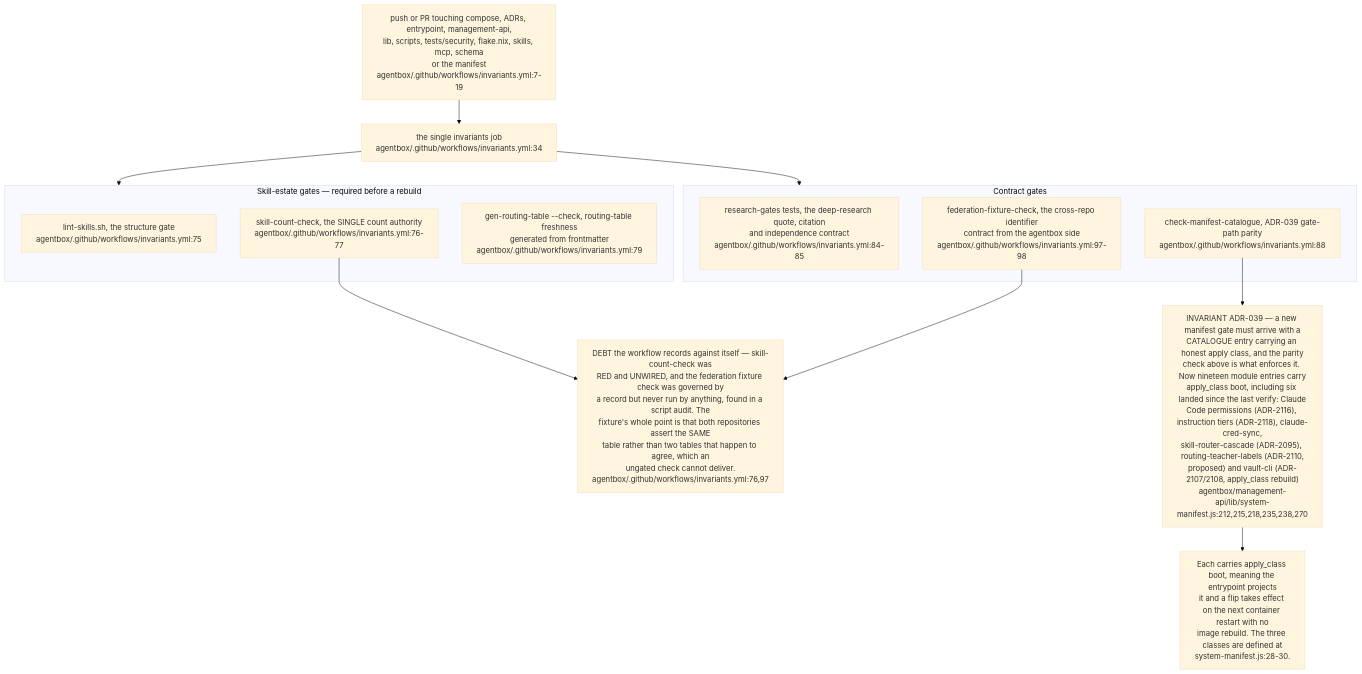
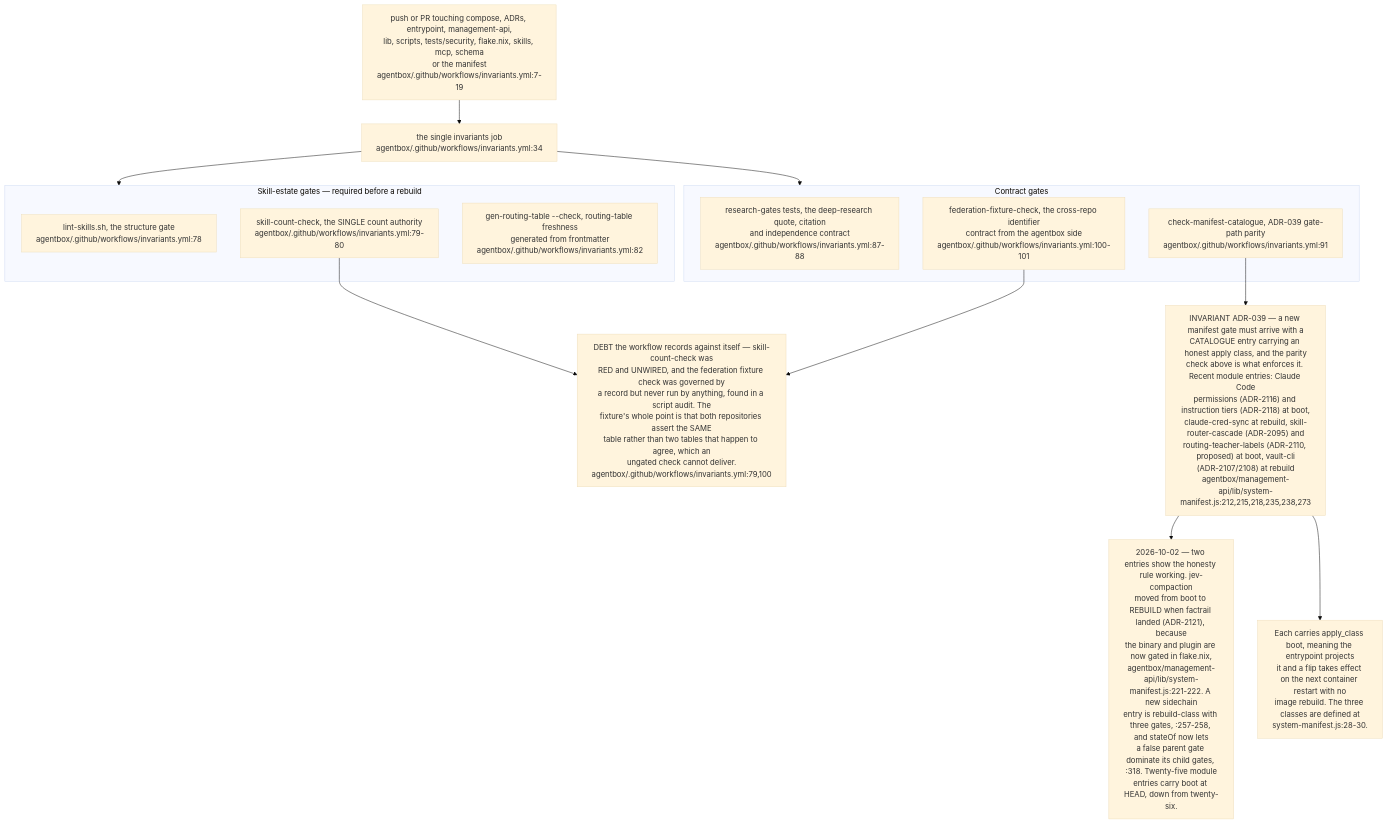
Before and after one commit to DreamLab-AI/VisionFlow: diagram 22 of 23 in docs/diagrams/estate/09-build-deploy-and-ci-estate.md, drawn with Mermaid (base theme). The commit also changed other lines of this file and 94 other files, not shown here.

First line of the commit message:
docs(diagrams): re-verify 130 topics against 2 October HEADs

````diff
--- a/docs/diagrams/estate/09-build-deploy-and-ci-estate.md
+++ b/docs/diagrams/estate/09-build-deploy-and-ci-estate.md
@@ -684,30 +700,32 @@
 ```mermaid
 flowchart TB
     TRIG["push or PR touching compose, ADRs, entrypoint, management-api,<br/>lib, scripts, tests/security, flake.nix, skills, mcp, schema<br/>or the manifest<br/>agentbox/.github/workflows/invariants.yml:7-19"]
     JOB["the single invariants job<br/>agentbox/.github/workflows/invariants.yml:34"]
     TRIG --> JOB
 
     subgraph SKILLS["Skill-estate gates — required before a rebuild"]
-        S1["lint-skills.sh, the structure gate<br/>agentbox/.github/workflows/invariants.yml:75"]
-        S2["skill-count-check, the SINGLE count authority<br/>agentbox/.github/workflows/invariants.yml:76-77"]
-        S3["gen-routing-table --check, routing-table freshness<br/>generated from frontmatter<br/>agentbox/.github/workflows/invariants.yml:79"]
+        S1["lint-skills.sh, the structure gate<br/>agentbox/.github/workflows/invariants.yml:78"]
+        S2["skill-count-check, the SINGLE count authority<br/>agentbox/.github/workflows/invariants.yml:79-80"]
+        S3["gen-routing-table --check, routing-table freshness<br/>generated from frontmatter<br/>agentbox/.github/workflows/invariants.yml:82"]
     end
     JOB --> SKILLS
 
     subgraph CONTRACT["Contract gates"]
-        C1["research-gates tests, the deep-research quote, citation<br/>and independence contract<br/>agentbox/.github/workflows/invariants.yml:84-85"]
-        C2["check-manifest-catalogue, ADR-039 gate-path parity<br/>agentbox/.github/workflows/invariants.yml:88"]
-        C3["federation-fixture-check, the cross-repo identifier<br/>contract from the agentbox side<br/>agentbox/.github/workflows/invariants.yml:97-98"]
+        C1["research-gates tests, the deep-research quote, citation<br/>and independence contract<br/>agentbox/.github/workflows/invariants.yml:87-88"]
+        C2["check-manifest-catalogue, ADR-039 gate-path parity<br/>agentbox/.github/workflows/invariants.yml:91"]
+        C3["federation-fixture-check, the cross-repo identifier<br/>contract from the agentbox side<br/>agentbox/.github/workflows/invariants.yml:100-101"]
     end
     JOB --> CONTRACT
 
-    DEBT["DEBT the workflow records against itself — skill-count-check was<br/>RED and UNWIRED, and the federation fixture check was governed by<br/>a record but never run by anything, found in a script audit. The<br/>fixture's whole point is that both repositories assert the SAME<br/>table rather than two tables that happen to agree, which an<br/>ungated check cannot deliver.<br/>agentbox/.github/workflows/invariants.yml:76,97"]
+    DEBT["DEBT the workflow records against itself — skill-count-check was<br/>RED and UNWIRED, and the federation fixture check was governed by<br/>a record but never run by anything, found in a script audit. The<br/>fixture's whole point is that both repositories assert the SAME<br/>table rather than two tables that happen to agree, which an<br/>ungated check cannot deliver.<br/>agentbox/.github/workflows/invariants.yml:79,100"]
     S2 --> DEBT
     C3 --> DEBT
 
-    CAT["INVARIANT ADR-039 — a new manifest gate must arrive with a<br/>CATALOGUE entry carrying an honest apply class, and the parity<br/>check above is what enforces it. Now nineteen module entries carry<br/>apply_class boot, including six landed since the last verify: Claude<br/>Code permissions (ADR-2116), instruction tiers (ADR-2118), claude-cred-sync,<br/>skill-router-cascade (ADR-2095), routing-teacher-labels (ADR-2110,<br/>proposed) and vault-cli (ADR-2107/2108, apply_class rebuild)<br/>agentbox/management-api/lib/system-manifest.js:212,215,218,235,238,270"]
+    CAT["INVARIANT ADR-039 — a new manifest gate must arrive with a<br/>CATALOGUE entry carrying an honest apply class, and the parity<br/>check above is what enforces it. Recent module entries: Claude Code<br/>permissions (ADR-2116) and instruction tiers (ADR-2118) at boot,<br/>claude-cred-sync at rebuild, skill-router-cascade (ADR-2095) and<br/>routing-teacher-labels (ADR-2110, proposed) at boot, vault-cli<br/>(ADR-2107/2108) at rebuild<br/>agentbox/management-api/lib/system-manifest.js:212,215,218,235,238,273"]
+    HONEST["2026-10-02 — two entries show the honesty rule working. jev-compaction<br/>moved from boot to REBUILD when factrail landed (ADR-2121), because<br/>the binary and plugin are now gated in flake.nix,<br/>agentbox/management-api/lib/system-manifest.js:221-222. A new sidechain<br/>entry is rebuild-class with three gates, :257-258, and stateOf now lets<br/>a false parent gate dominate its child gates, :318. Twenty-five module<br/>entries carry boot at HEAD, down from twenty-six."]
+    CAT --> HONEST
     C2 --> CAT
 
     CLASS["Each carries apply_class boot, meaning the entrypoint projects<br/>it and a flip takes effect on the next container restart with no<br/>image rebuild. The three classes are defined at<br/>system-manifest.js:28-30."]
     CAT --> CLASS
 ```
````
